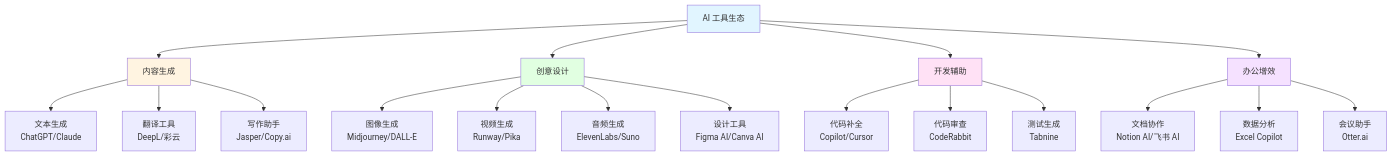
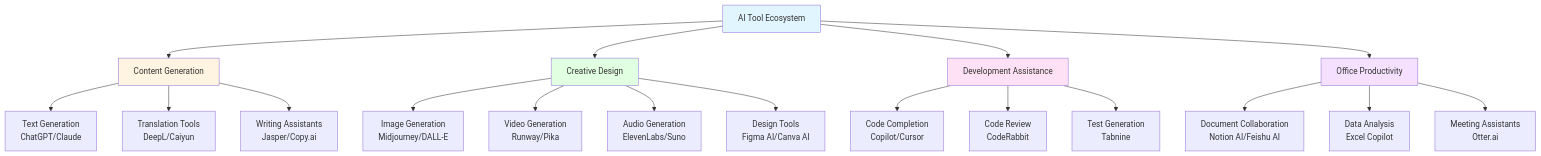
The first of 3 diagrams in docs/lessons/lesson-6.md (tianhongTina/ai-literacy-bootcamp), drawn with Mermaid before and after one commit. The commit also changed other lines of this file and 18 other files, not shown here.

````diff
--- a/docs/lessons/lesson-6.md
+++ b/docs/lessons/lesson-6.md
@@ -38,30 +38,30 @@
 ```mermaid
 graph TB
-    A[AI 工具生态] --> B[内容生成]
-    A --> C[创意设计]
-    A --> D[开发辅助]
-    A --> E[办公增效]
+    A[AI Tool Ecosystem] --> B[Content Generation]
+    A --> C[Creative Design]
+    A --> D[Development Assistance]
+    A --> E[Office Productivity]
     
-    B --> B1[文本生成<br/>ChatGPT/Claude]
-    B --> B2[翻译工具<br/>DeepL/彩云]
-    B --> B3[写作助手<br/>Jasper/Copy.ai]
+    B --> B1[Text Generation<br/>ChatGPT/Claude]
+    B --> B2[Translation Tools<br/>DeepL/Caiyun]
+    B --> B3[Writing Assistants<br/>Jasper/Copy.ai]
     
-    C --> C1[图像生成<br/>Midjourney/DALL-E]
-    C --> C2[视频生成<br/>Runway/Pika]
-    C --> C3[音频生成<br/>ElevenLabs/Suno]
-    C --> C4[设计工具<br/>Figma AI/Canva AI]
+    C --> C1[Image Generation<br/>Midjourney/DALL-E]
+    C --> C2[Video Generation<br/>Runway/Pika]
+    C --> C3[Audio Generation<br/>ElevenLabs/Suno]
+    C --> C4[Design Tools<br/>Figma AI/Canva AI]
     
-    D --> D1[代码补全<br/>Copilot/Cursor]
-    D --> D2[代码审查<br/>CodeRabbit]
-    D --> D3[测试生成<br/>Tabnine]
+    D --> D1[Code Completion<br/>Copilot/Cursor]
+    D --> D2[Code Review<br/>CodeRabbit]
+    D --> D3[Test Generation<br/>Tabnine]
     
-    E --> E1[文档协作<br/>Notion AI/飞书 AI]
-    E --> E2[数据分析<br/>Excel Copilot]
-    E --> E3[会议助手<br/>Otter.ai]
+    E --> E1[Document Collaboration<br/>Notion AI/Feishu AI]
+    E --> E2[Data Analysis<br/>Excel Copilot]
+    E --> E3[Meeting Assistants<br/>Otter.ai]
     
     style A fill:#e1f5ff
     style B fill:#fff4e1
     style C fill:#e1ffe1
     style D fill:#ffe1f5
     style E fill:#f5e1ff
 ```
````
